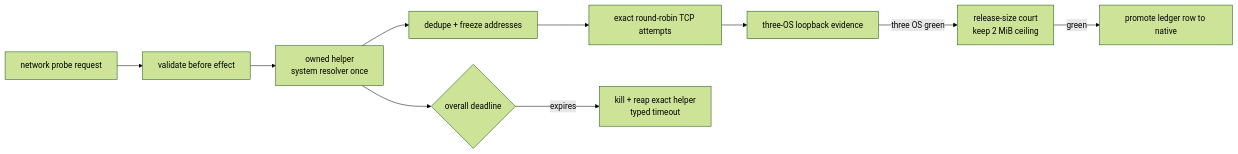
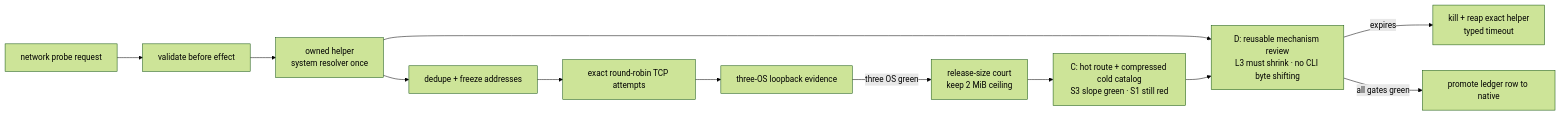
One commit to partnernetsoftware/agenterm changed the second of 2 diagrams in prd/PRD_02_28_agenterm_cu.md. Above: the diagram before and after it, drawn with Mermaid (forest theme). The commit also changed other lines of this file and 3 other files, not shown here.

````diff
--- a/prd/PRD_02_28_agenterm_cu.md
+++ b/prd/PRD_02_28_agenterm_cu.md
@@ -373,12 +381,14 @@
 ```mermaid
 flowchart LR
   N["network probe request"] --> A["validate before effect"]
   A --> H["owned helper<br/>system resolver once"]
   H --> F["dedupe + freeze addresses"]
   F --> T["exact round-robin TCP attempts"]
   H --> D{"overall deadline"}
   D -->|expires| K["kill + reap exact helper<br/>typed timeout"]
   T --> E["three-OS loopback evidence"]
   E -->|three OS green| B["release-size court<br/>keep 2 MiB ceiling"]
-  B -->|green| P["promote ledger row to native"]
+  B --> C["C: hot route + compressed cold catalog<br/>S3 slope green · S1 still red"]
+  C --> D["D: reusable mechanism review<br/>L3 must shrink · no CLI byte shifting"]
+  D -->|all gates green| P["promote ledger row to native"]
 ```
````
